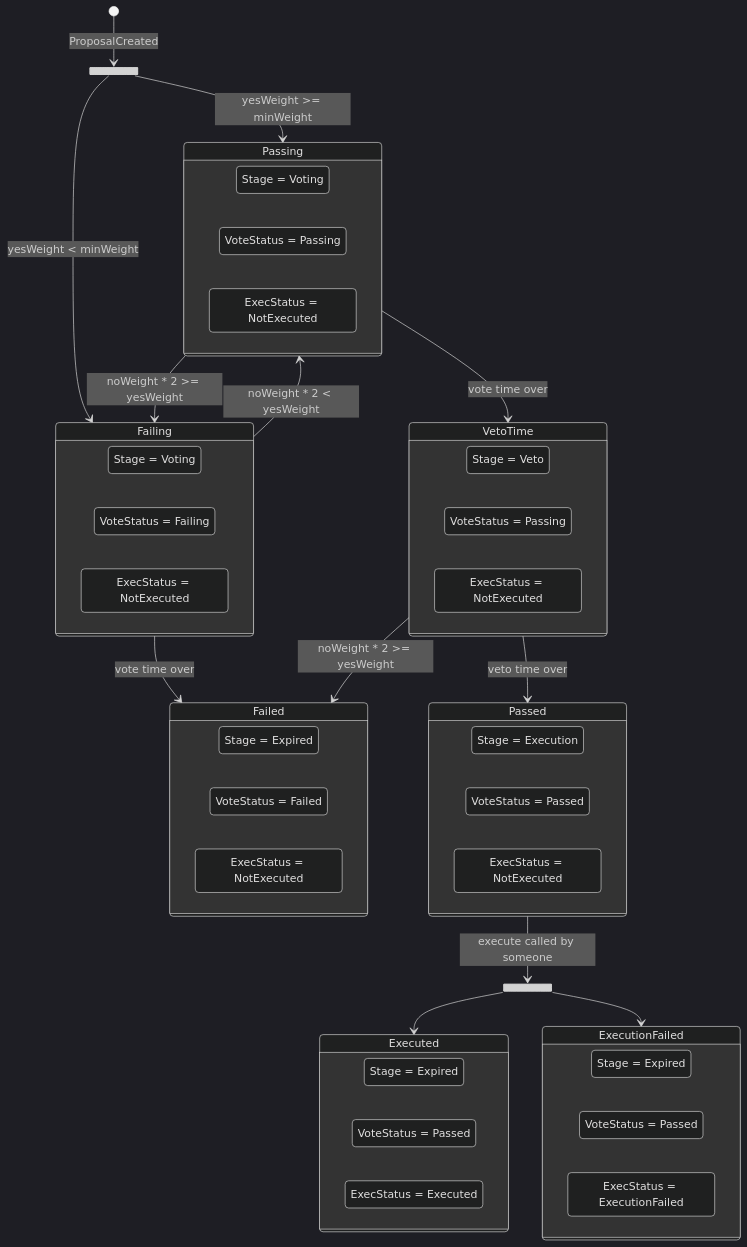
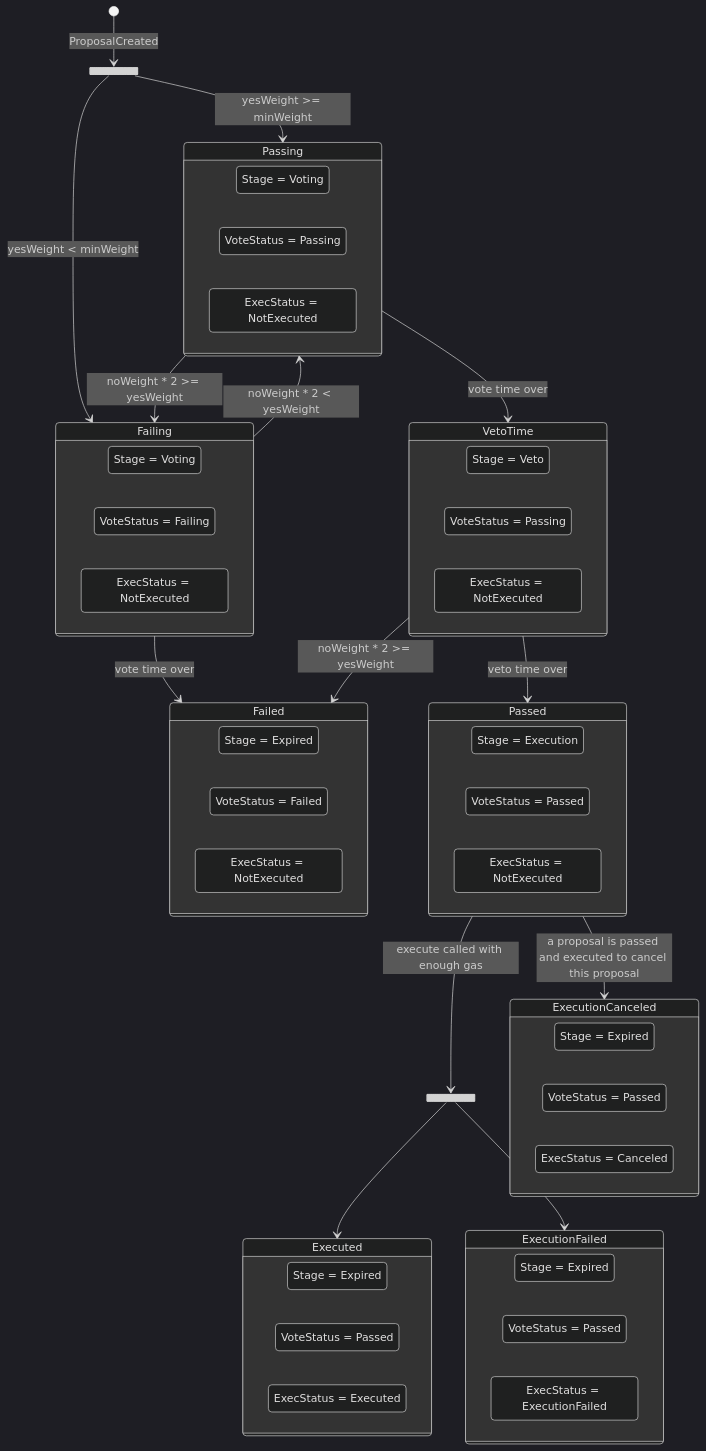
Before and after one commit to sim31/frapps: the diagram in impl/orec/README.md, drawn with Mermaid (dark theme). The commit also changed other lines of this file and 3 other files, not shown here.

````diff
--- a/impl/orec/README.md
+++ b/impl/orec/README.md
@@ -16,68 +16,76 @@
 ```mermaid
 stateDiagram-v2
   state createState <<fork>>
   state execState <<fork>>
   [*] --> createState: ProposalCreated
   createState --> passing: yesWeight >= minWeight
   createState --> failing: yesWeight < minWeight
   passing --> failing: noWeight * 2 >= yesWeight
   failing --> passing: noWeight * 2 < yesWeight
   failing --> failed: vote time over
   passing --> veto: vote time over
   veto --> passed: veto time over
   veto --> failed: noWeight * 2 >= yesWeight
-  passed --> execState: execute called by someone
+  passed --> execState: execute called with enough gas
   execState --> executed
   execState --> execFailed
+  passed --> execCanceled: a proposal is passed and executed to cancel this proposal
 
 
   state "Failing" as failing {
     direction LR
     state "Stage = Voting" as failingStage
     state "VoteStatus = Failing" as failingVT
     state "ExecStatus = NotExecuted" as failingExec
   }
 
   state "Passing" as passing {
     direction LR
     state "Stage = Voting" as passingStage
     state "VoteStatus = Passing" as passingvt
     state "ExecStatus = NotExecuted" as passingExec
   }
 
   state "VetoTime" as veto {
     direction LR
     state "Stage = Veto" as vetoStage
     state "VoteStatus = Passing" as vetovt
     state "ExecStatus = NotExecuted" as vetoExec
   }
 
   state "Failed" as failed {
     direction LR
     state "Stage = Expired" as failedStage
     state "VoteStatus = Failed" as failedvt
     state "ExecStatus = NotExecuted" as failedExec
   }
 
   state "Passed" as passed {
     direction LR
     state "Stage = Execution" as passedStage
     state "VoteStatus = Passed" as passedvt
     state "ExecStatus = NotExecuted" as passedExec
   }
 
   state "Executed" as executed {
     direction LR
     state "Stage = Expired" as execStage
     state "VoteStatus = Passed" as execvt
     state "ExecStatus = Executed" as execExec
   }
 
   state "ExecutionFailed" as execFailed {
     direction LR
     state "Stage = Expired" as execfStage
     state "VoteStatus = Passed" as execfvt
     state "ExecStatus = ExecutionFailed" as execfExec
   }
 
+  state "ExecutionCanceled" as execCanceled {
+    direction LR
+    state "Stage = Expired" as ecStage
+    state "VoteStatus = Passed" as ecvt
+    state "ExecStatus = Canceled" as ecExec
+  }
+
 ```
````
